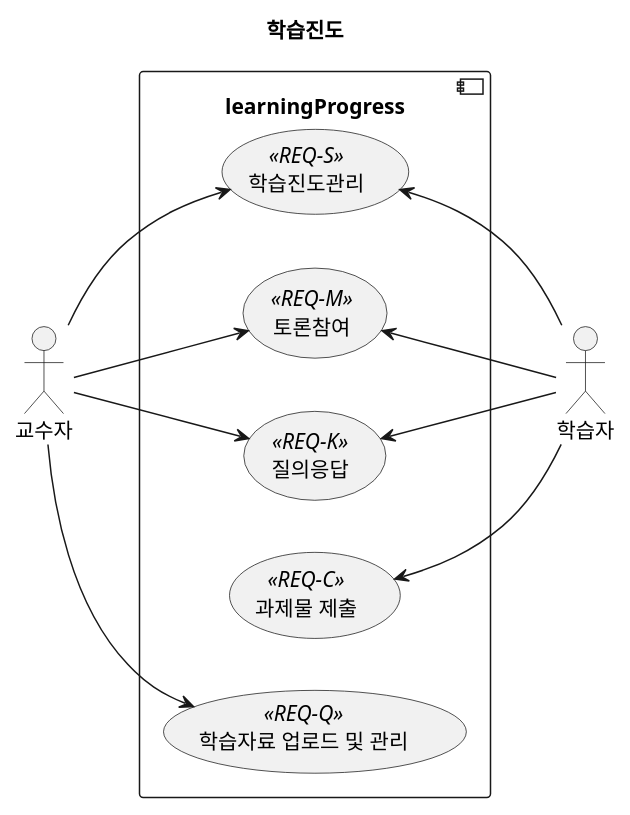
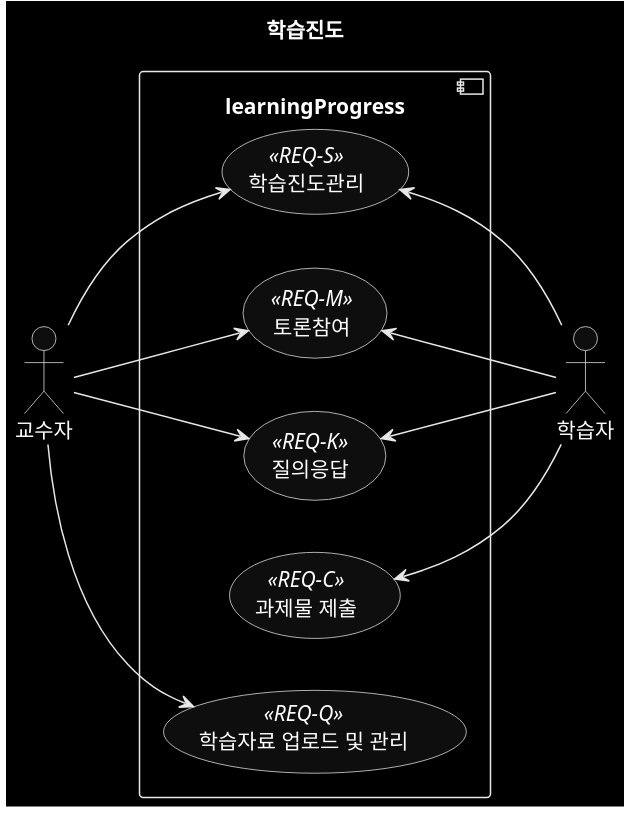
One commit to ohhoonim/lms-design changed the diagram in 020-모델-도메인/301-학습진도-usecase.md. Above: the diagram before and after it, drawn with PlantUML. The commit also changed 1 other file, not shown here.

Commit message:
수강 유스케이스 Fixes #11

````diff
--- a/020-모델-도메인/301-학습진도-usecase.md
+++ b/020-모델-도메인/301-학습진도-usecase.md
@@ -3,26 +3,27 @@
 ```plantuml
 @startuml
+skinparam monochrome reverse
 left to right direction
 
 title 학습진도 
 
 :교수자: as professor
 :학습자: as student
 
  component learningProgress {
         (과제물 제출) as req_c <<REQ-C>>
         (질의응답) as req_k <<REQ-K>>
         (토론참여) as req_m <<REQ-M>>
         (학습자료 업로드 및 관리) as req_q <<REQ-Q>>
         (학습진도관리) as req_s <<REQ-S>>
     }
 professor --> req_k
 professor --> req_m
 professor --> req_q
 professor --> req_s
 student -up-> req_c
 student -up-> req_k
 student -up-> req_m
 student -up-> req_s    
 @enduml
 ```
````
